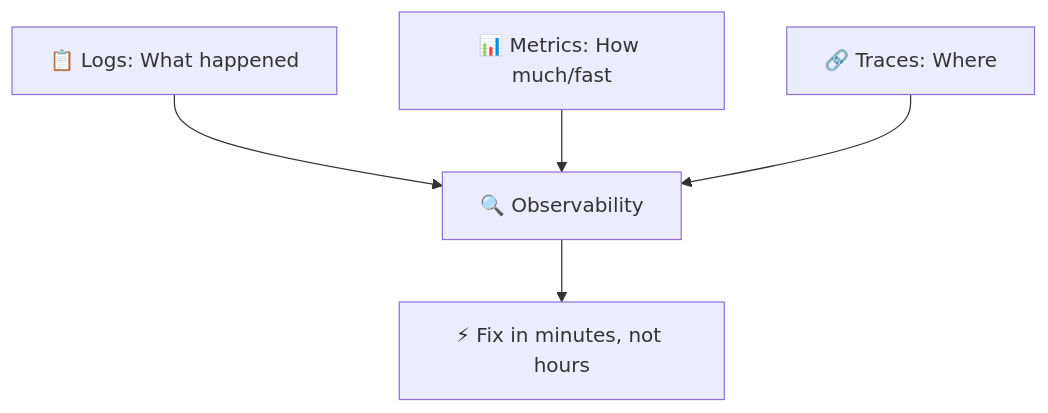
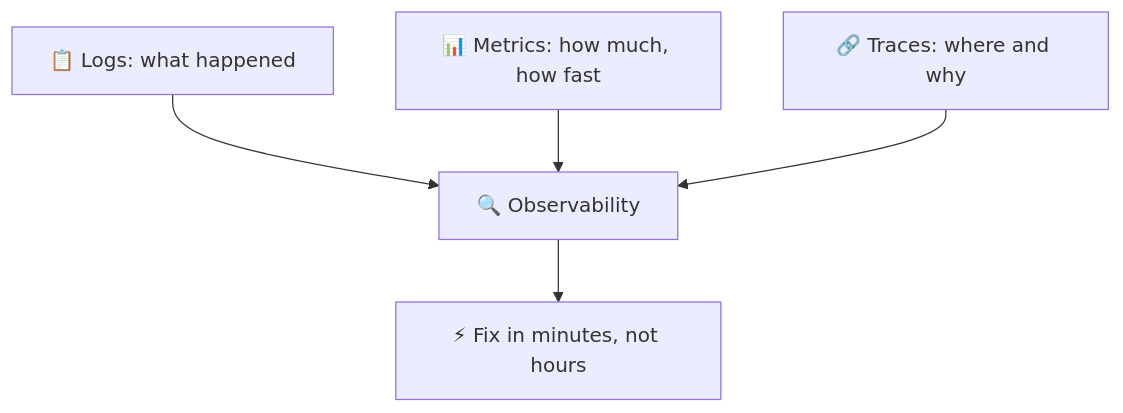
One commit to inno-devops-labs/DevOps-Core-Course changed the ninth of 14 diagrams in lectures/lec1.md. Above: the diagram before and after it, drawn with Mermaid. The commit also changed other lines of this file and 24 other files, not shown here.

````diff
--- a/lectures/lec1.md
+++ b/lectures/lec1.md
@@ -456,7 +355,7 @@
 ```mermaid
 graph TD
-  Logs[📋 Logs: What happened] --> Obs[🔍 Observability]
-  Metrics[📊 Metrics: How much/fast] --> Obs
-  Traces[🔗 Traces: Where] --> Obs
+  Logs[📋 Logs: what happened] --> Obs[🔍 Observability]
+  Metrics[📊 Metrics: how much, how fast] --> Obs
+  Traces[🔗 Traces: where and why] --> Obs
   Obs --> Action[⚡ Fix in minutes, not hours]
 ```
````
